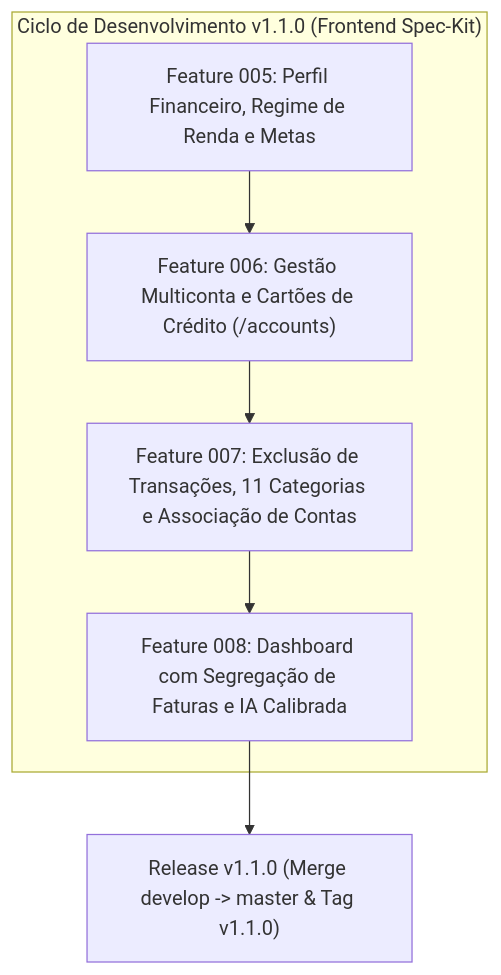
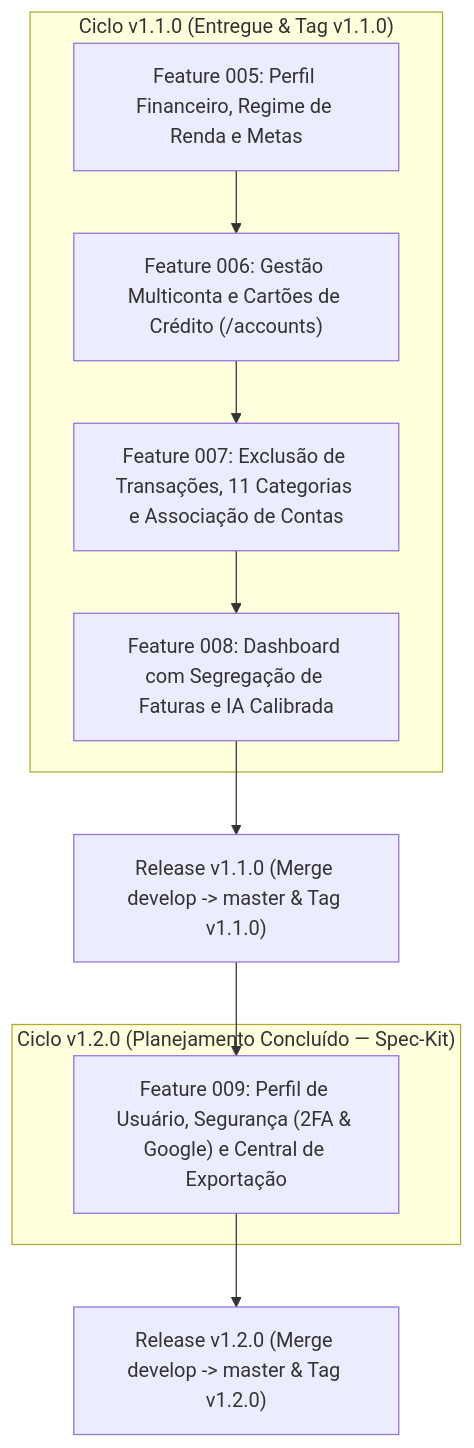
One commit to Projeto-TCC-Dash/projeto-frontend-dashboard changed the diagram in ROADMAP.md. Above: the diagram before and after it, drawn with Mermaid. The commit also changed other lines of this file, not shown here.

Commit message:
docs(roadmap): update frontend roadmap with feature 009 and v1.2.0 cycle

````diff
--- a/ROADMAP.md
+++ b/ROADMAP.md
@@ -26,12 +29,18 @@
 ```mermaid
 flowchart TD
-    subgraph v110 ["Ciclo de Desenvolvimento v1.1.0 (Frontend Spec-Kit)"]
+    subgraph v110 ["Ciclo v1.1.0 (Entregue & Tag v1.1.0)"]
         F005["Feature 005: Perfil Financeiro, Regime de Renda e Metas"]
         F006["Feature 006: Gestão Multiconta e Cartões de Crédito (/accounts)"]
         F007["Feature 007: Exclusão de Transações, 11 Categorias e Associação de Contas"]
         F008["Feature 008: Dashboard com Segregação de Faturas e IA Calibrada"]
     end
 
+    subgraph v120 ["Ciclo v1.2.0 (Planejamento Concluído — Spec-Kit)"]
+        F009["Feature 009: Perfil de Usuário, Segurança (2FA & Google) e Central de Exportação"]
+    end
+
     F005 --> F006 --> F007 --> F008
-    F008 --> Release["Release v1.1.0 (Merge develop -> master & Tag v1.1.0)"]
+    F008 --> Release110["Release v1.1.0 (Merge develop -> master & Tag v1.1.0)"]
+    Release110 --> F009
+    F009 --> Release120["Release v1.2.0 (Merge develop -> master & Tag v1.2.0)"]
 ```
````
